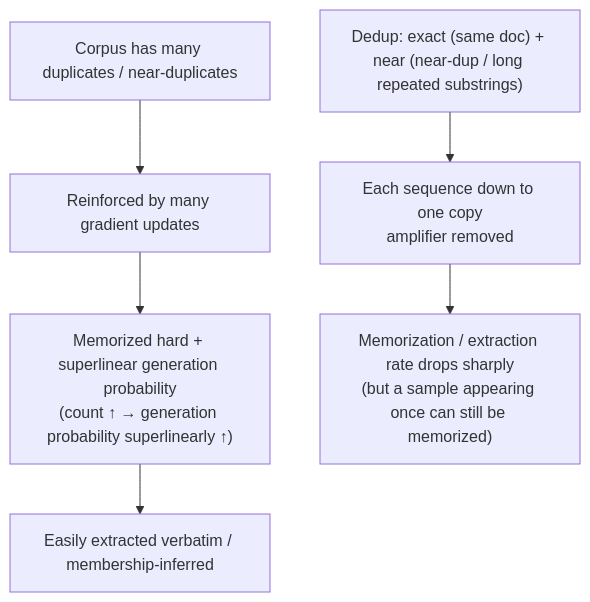
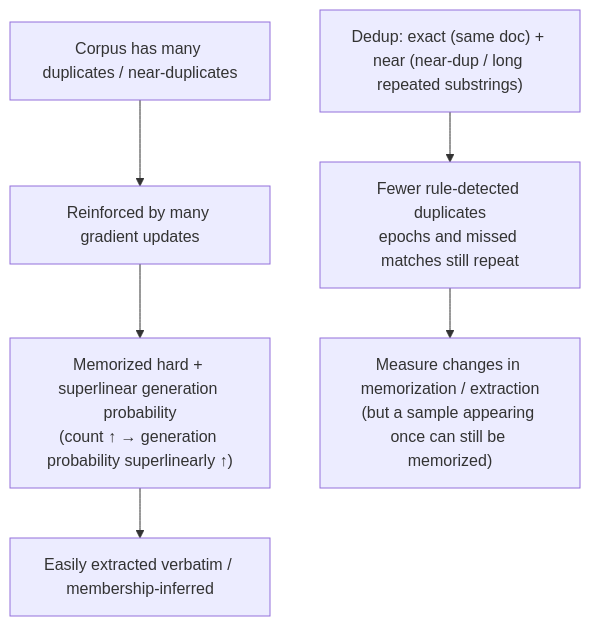
One commit to XuebinMa/AIWiki changed the diagram in i18n/en/docusaurus-plugin-content-docs-privacy/current/02-memorization-extraction/training-data-deduplication.mdx. Above: the diagram before and after it, drawn with Mermaid. The commit also changed other lines of this file and 325 other files, not shown here.

````diff
--- a/i18n/en/docusaurus-plugin-content-docs-privacy/current/02-memorization-extraction/training-data-deduplication.mdx
+++ b/i18n/en/docusaurus-plugin-content-docs-privacy/current/02-memorization-extraction/training-data-deduplication.mdx
@@ -34,8 +35,8 @@
 ```mermaid
 flowchart TB
     R["Corpus has many duplicates / near-duplicates"] --> A["Reinforced by many gradient updates"]
     A --> B["Memorized hard + superlinear generation probability<br/>(count ↑ → generation probability superlinearly ↑)"]
     B --> C["Easily extracted verbatim / membership-inferred"]
-    D["Dedup: exact (same doc) + near (near-dup / long repeated substrings)"] --> E["Each sequence down to one copy<br/>amplifier removed"]
-    E --> F["Memorization / extraction rate drops sharply<br/>(but a sample appearing once can still be memorized)"]
+    D["Dedup: exact (same doc) + near (near-dup / long repeated substrings)"] --> E["Fewer rule-detected duplicates<br/>epochs and missed matches still repeat"]
+    E --> F["Measure changes in memorization / extraction<br/>(but a sample appearing once can still be memorized)"]
 ```
````
